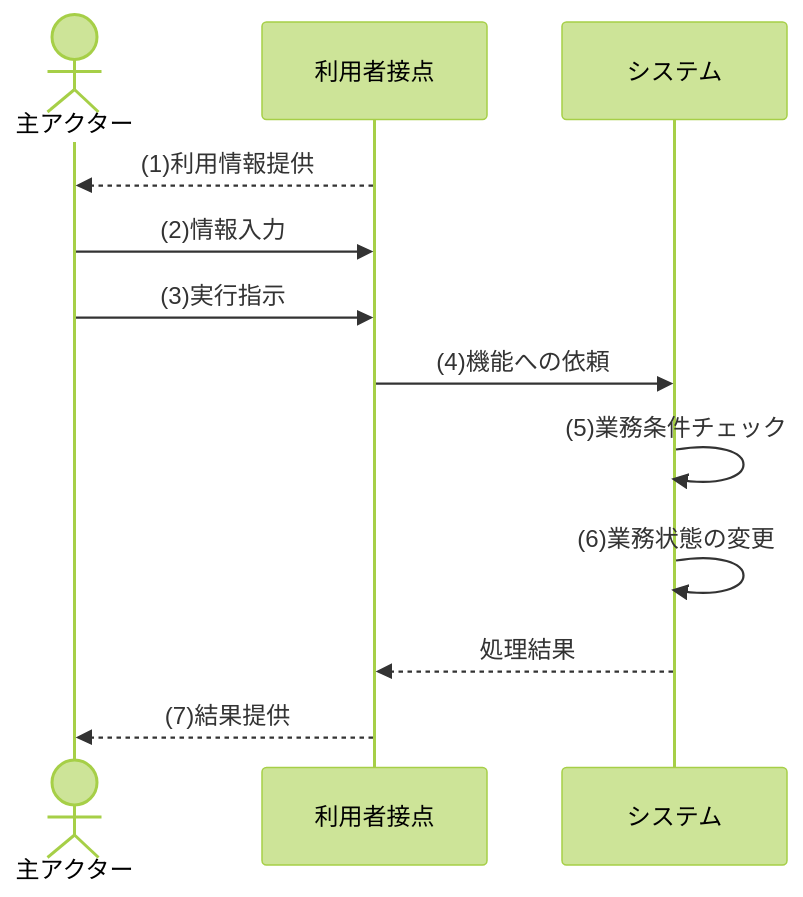
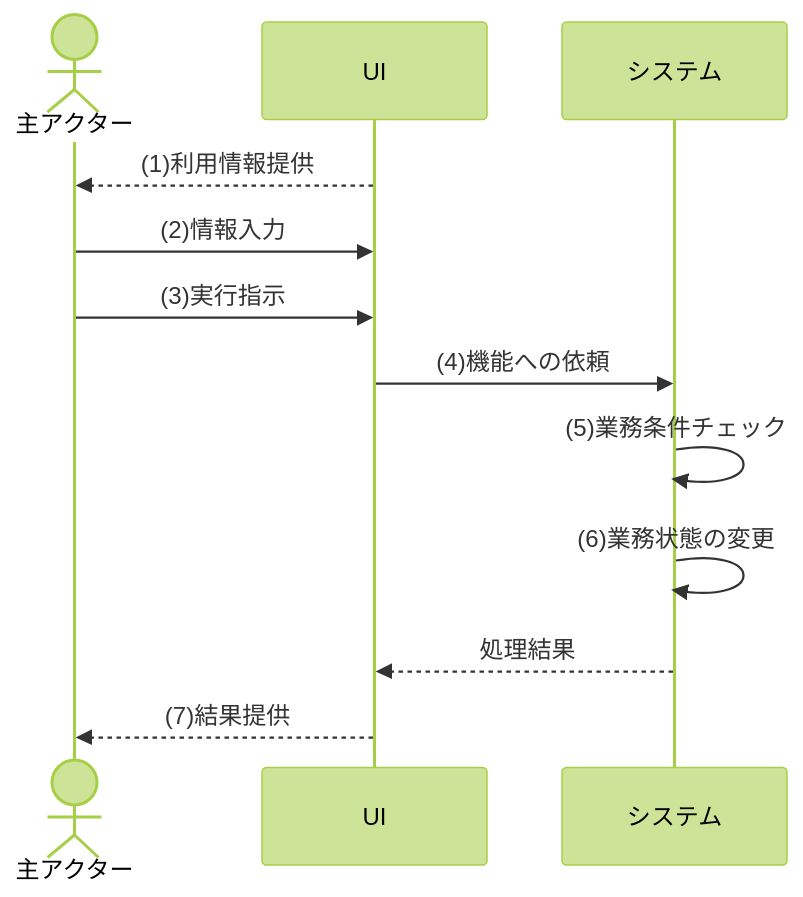
The first of 4 diagrams in テンプレート/02_機能要件.md (sikakou54/system-document-template), drawn with Mermaid (forest theme) before and after one commit. The commit also changed other lines of this file and 7 other files, not shown here.

Commit message:
機能要件テンプレートとシーケンス図を厳格化

````diff
--- a/テンプレート/02_機能要件.md
+++ b/テンプレート/02_機能要件.md
@@ -205,14 +283,14 @@
 ```mermaid
 sequenceDiagram
     actor U as 主アクター
-    participant SCR as 利用者接点
+    participant UI as UI
     participant FUNC as システム
-    SCR-->>U: (1)利用情報提供
-    U->>SCR: (2)情報入力
-    U->>SCR: (3)実行指示
-    SCR->>FUNC: (4)機能への依頼
+    UI-->>U: (1)利用情報提供
+    U->>UI: (2)情報入力
+    U->>UI: (3)実行指示
+    UI->>FUNC: (4)機能への依頼
     FUNC->>FUNC: (5)業務条件チェック
     FUNC->>FUNC: (6)業務状態の変更
-    FUNC-->>SCR: 処理結果
-    SCR-->>U: (7)結果提供
+    FUNC-->>UI: 処理結果
+    UI-->>U: (7)結果提供
 ```
````
